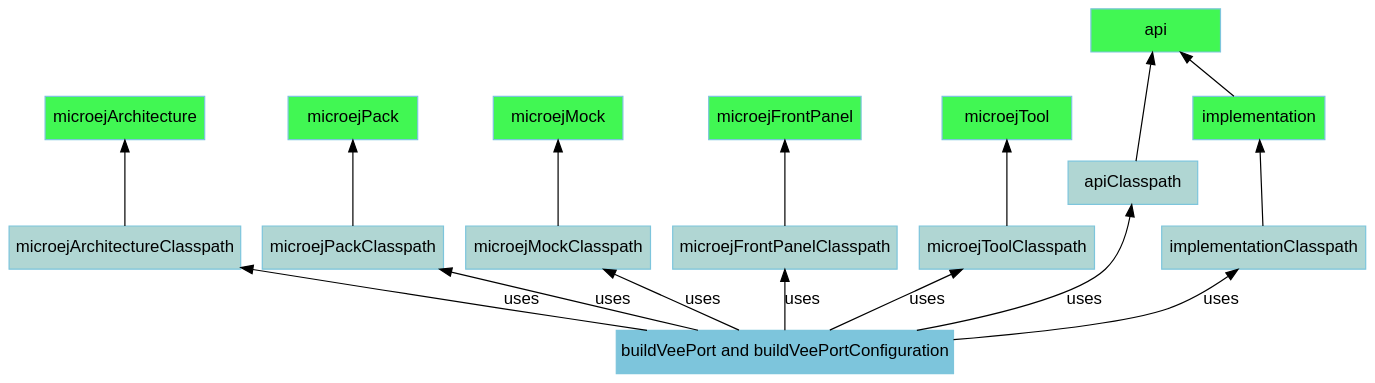
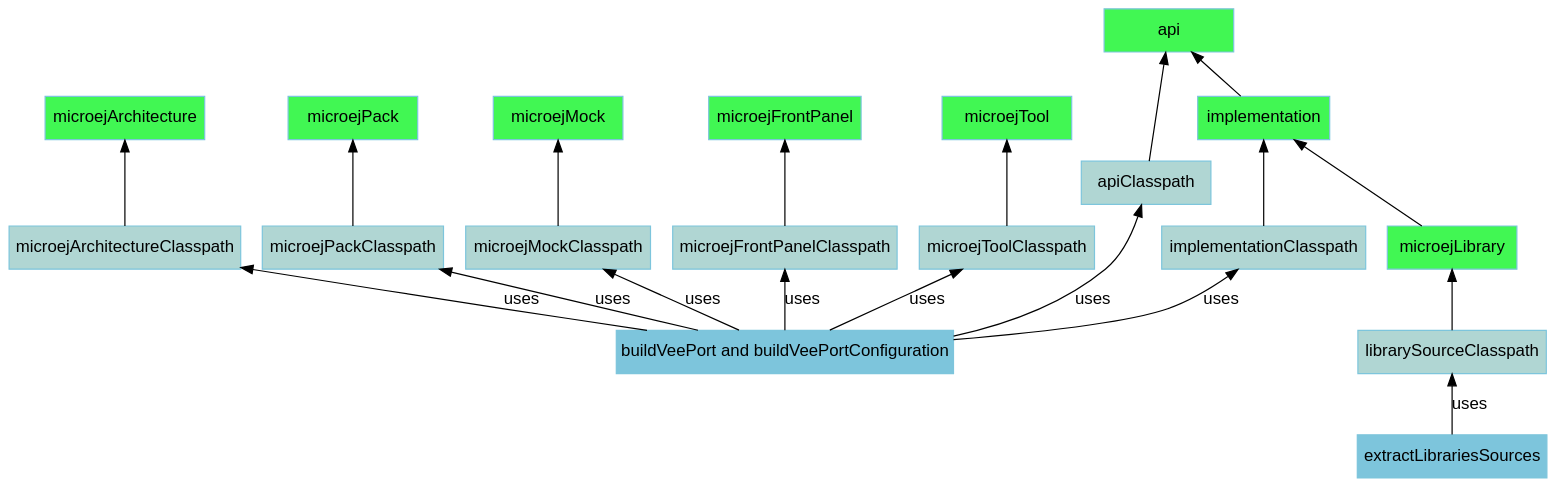
The diagram in SDK6UserGuide/appendix/graphVeePortConfigurations.dot (MicroEJ/docs), drawn with Graphviz before and after one commit. The commit also changed 3 other files, not shown here.

```diff
--- a/SDK6UserGuide/appendix/graphVeePortConfigurations.dot
+++ b/SDK6UserGuide/appendix/graphVeePortConfigurations.dot
@@ -1,44 +1,49 @@
 digraph mygraph {
     rankdir="BT";
     bgcolor="transparent"
     fontname="Helvetica,Arial,sans-serif"
     node [
         shape = box
         width = 1.5
         color = "#7dc5dc"
         style = filled
         fontname="Helvetica,Arial,sans-serif"
     ]
     edge [fontname="Helvetica,Arial,sans-serif"]
     "microejArchitecture" [fillcolor = "#41f753"]
     "microejPack" [fillcolor = "#41f753"]
     "microejMock" [fillcolor = "#41f753"]
     "microejFrontPanel" [fillcolor = "#41f753"]
     "microejTool" [fillcolor = "#41f753"]
     "api" [fillcolor = "#41f753"]
     "implementation" [fillcolor = "#41f753"]
+    "microejLibrary" [fillcolor = "#41f753"]
 
     "microejArchitectureClasspath" [fillcolor = "#b0d6d3"]
     "microejPackClasspath" [fillcolor = "#b0d6d3"]
     "microejMockClasspath" [fillcolor = "#b0d6d3"]
     "microejFrontPanelClasspath" [fillcolor = "#b0d6d3"]
     "microejToolClasspath" [fillcolor = "#b0d6d3"]
     "apiClasspath" [fillcolor = "#b0d6d3"]
     "implementationClasspath" [fillcolor = "#b0d6d3"]
+    "librarySourceClasspath" [fillcolor = "#b0d6d3"]
 
     "microejArchitectureClasspath" -> "microejArchitecture"
     "microejPackClasspath" -> "microejPack"
     "microejMockClasspath" -> "microejMock"
     "microejFrontPanelClasspath" -> "microejFrontPanel"
     "microejToolClasspath" -> "microejTool"
     "implementation" -> "api"
     "apiClasspath" -> "api"
     "implementationClasspath" -> "implementation"
+    "microejLibrary" -> "implementation"
+    "librarySourceClasspath" -> "microejLibrary"
     "buildVeePort and buildVeePortConfiguration" -> "microejArchitectureClasspath" [ label="uses" ]
     "buildVeePort and buildVeePortConfiguration" -> "microejPackClasspath" [ label="uses" ]
     "buildVeePort and buildVeePortConfiguration" -> "microejMockClasspath" [ label="uses" ]
     "buildVeePort and buildVeePortConfiguration" -> "microejFrontPanelClasspath" [ label="uses" ]
     "buildVeePort and buildVeePortConfiguration" -> "microejToolClasspath" [ label="uses" ]
     "buildVeePort and buildVeePortConfiguration" -> "apiClasspath" [ label="uses" ]
     "buildVeePort and buildVeePortConfiguration" -> "implementationClasspath" [ label="uses" ]
+    "extractLibrariesSources" -> "librarySourceClasspath" [ label="uses" ]
 }
```
